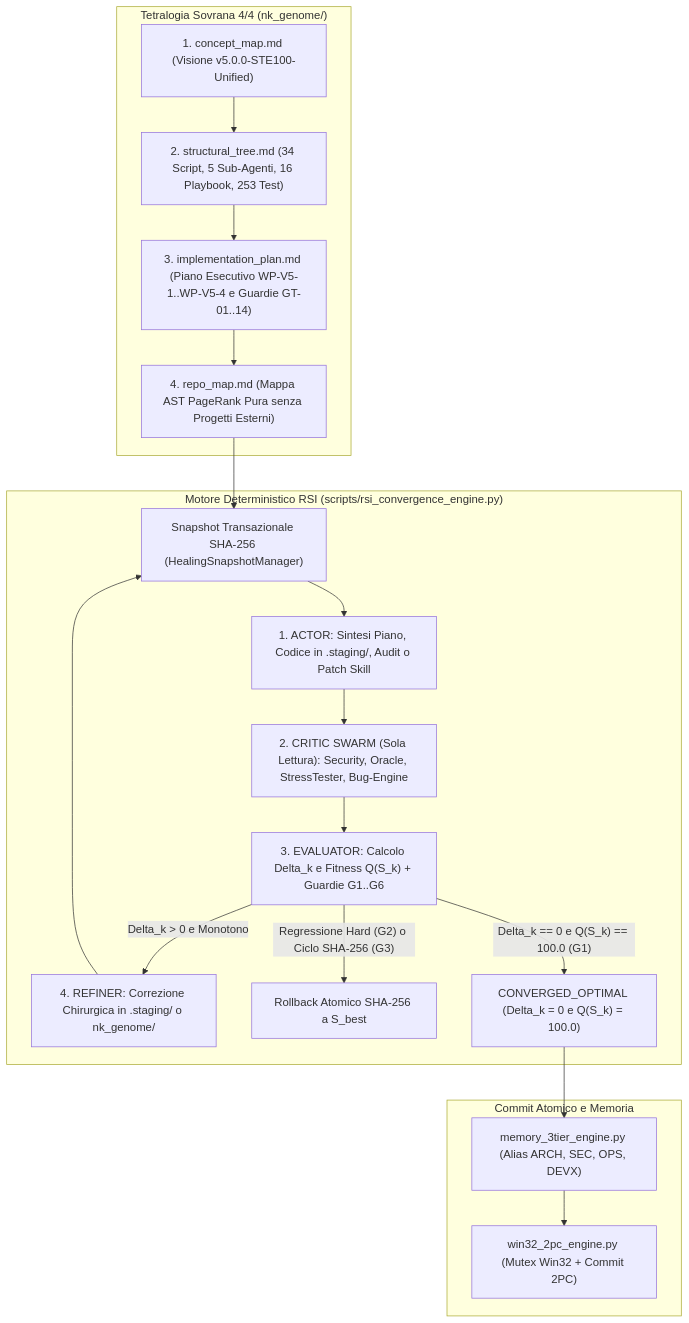
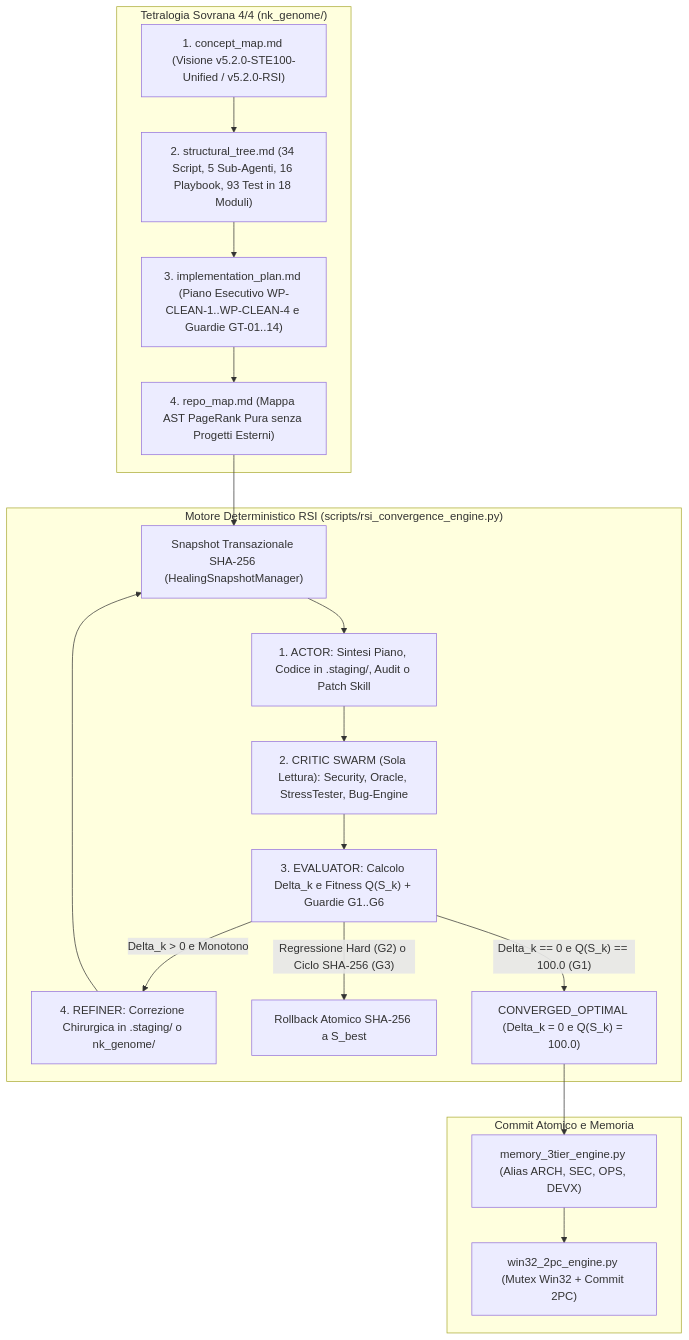
One commit to erbaldo86/NK-Hub changed the diagram in nk_genome/concept_map.md. Above: the diagram before and after it, drawn with Mermaid. The commit also changed other lines of this file and 55 other files, not shown here.

Commit message:
feat(release): Nexus Keystone Hub v5.2.0-STE100-Unified Clean & Optimized Checkpoint (93/93 PASS, CI EOL Invariance)

````diff
--- a/nk_genome/concept_map.md
+++ b/nk_genome/concept_map.md
@@ -82,32 +86,32 @@
 ```mermaid
 flowchart TD
     subgraph TETRALOGIA["Tetralogia Sovrana 4/4 (nk_genome/)"]
-        CM["1. concept_map.md (Visione v5.0.0-STE100-Unified)"]
-        ST["2. structural_tree.md (34 Script, 5 Sub-Agenti, 16 Playbook, 253 Test)"]
-        IP["3. implementation_plan.md (Piano Esecutivo WP-V5-1..WP-V5-4 e Guardie GT-01..14)"]
+        CM["1. concept_map.md (Visione v5.2.0-STE100-Unified / v5.2.0-RSI)"]
+        ST["2. structural_tree.md (34 Script, 5 Sub-Agenti, 16 Playbook, 93 Test in 18 Moduli)"]
+        IP["3. implementation_plan.md (Piano Esecutivo WP-CLEAN-1..WP-CLEAN-4 e Guardie GT-01..14)"]
         RM["4. repo_map.md (Mappa AST PageRank Pura senza Progetti Esterni)"]
     end
 
     subgraph RSI_LOOP["Motore Deterministico RSI (scripts/rsi_convergence_engine.py)"]
         SNAP["Snapshot Transazionale SHA-256 (HealingSnapshotManager)"]
         ACT["1. ACTOR: Sintesi Piano, Codice in .staging/, Audit o Patch Skill"]
         CRIT["2. CRITIC SWARM (Sola Lettura): Security, Oracle, StressTester, Bug-Engine"]
         EVAL["3. EVALUATOR: Calcolo Delta_k e Fitness Q(S_k) + Guardie G1..G6"]
         REF["4. REFINER: Correzione Chirurgica in .staging/ o nk_genome/"]
         ROLL["Rollback Atomico SHA-256 a S_best"]
         CONV["CONVERGED_OPTIMAL (Delta_k = 0 e Q(S_k) = 100.0)"]
     end
 
     subgraph COMMIT["Commit Atomico e Memoria"]
         W2P["win32_2pc_engine.py (Mutex Win32 + Commit 2PC)"]
         MEM["memory_3tier_engine.py (Alias ARCH, SEC, OPS, DEVX)"]
     end
 
     CM --> ST --> IP --> RM
     RM --> SNAP
     SNAP --> ACT --> CRIT --> EVAL
     EVAL -- "Regressione Hard (G2) o Ciclo SHA-256 (G3)" --> ROLL
     EVAL -- "Delta_k > 0 e Monotono" --> REF --> SNAP
     EVAL -- "Delta_k == 0 e Q(S_k) == 100.0 (G1)" --> CONV
     CONV --> MEM --> W2P
 ```
````
